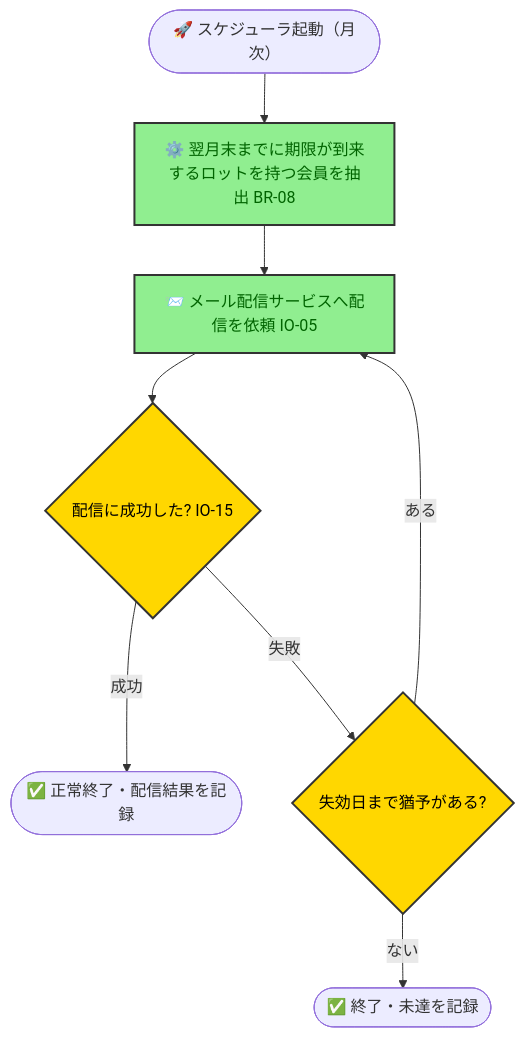
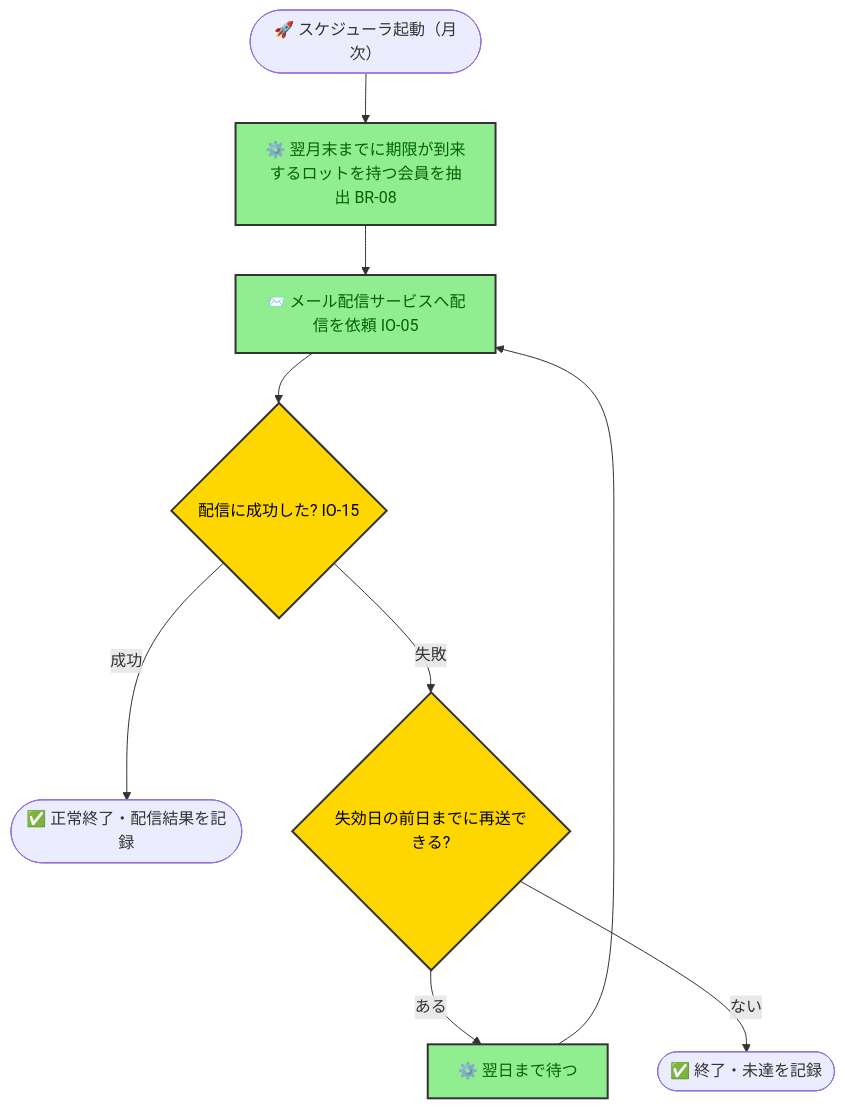
One commit to kasiopeiya/claude-dev-template changed diagram 14 of 15 in samples/docs/requirements.md. Above: the diagram before and after it, drawn with Mermaid. The commit also changed other lines of this file, not shown here.

````diff
--- a/samples/docs/requirements.md
+++ b/samples/docs/requirements.md
@@ -1010,15 +1065,16 @@
 ```mermaid
 flowchart TD
     start([🚀 スケジューラ起動（月次）]) --> load[⚙️ 翌月末までに期限が到来するロットを持つ会員を抽出 BR-08]
     load --> send[📨 メール配信サービスへ配信を依頼 IO-05]
     send --> result{配信に成功した? IO-15}
     result -->|成功| done([✅ 正常終了・配信結果を記録])
-    result -->|失敗| grace{失効日まで猶予がある?}
-    grace -->|ある| send
+    result -->|失敗| grace{失効日の前日までに再送できる?}
+    grace -->|ある| wait[⚙️ 翌日まで待つ]
+    wait --> send
     grace -->|ない| done2([✅ 終了・未達を記録])
 
     classDef step fill:#90EE90,stroke:#333,stroke-width:2px,color:darkgreen
     classDef decision fill:#FFD700,stroke:#333,stroke-width:2px,color:black
-    class load,send step
+    class load,send,wait step
     class result,grace decision
 ```
````
